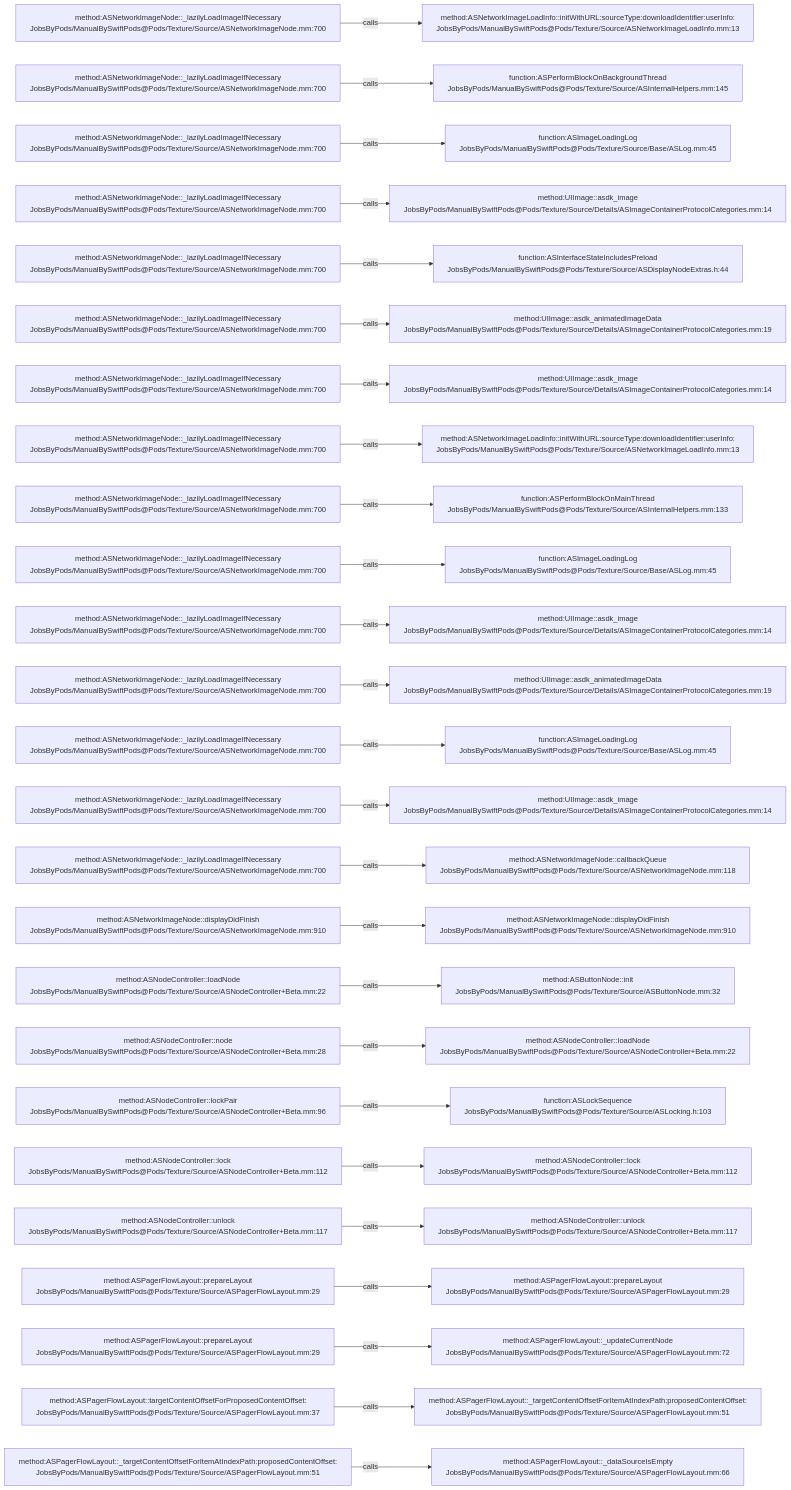
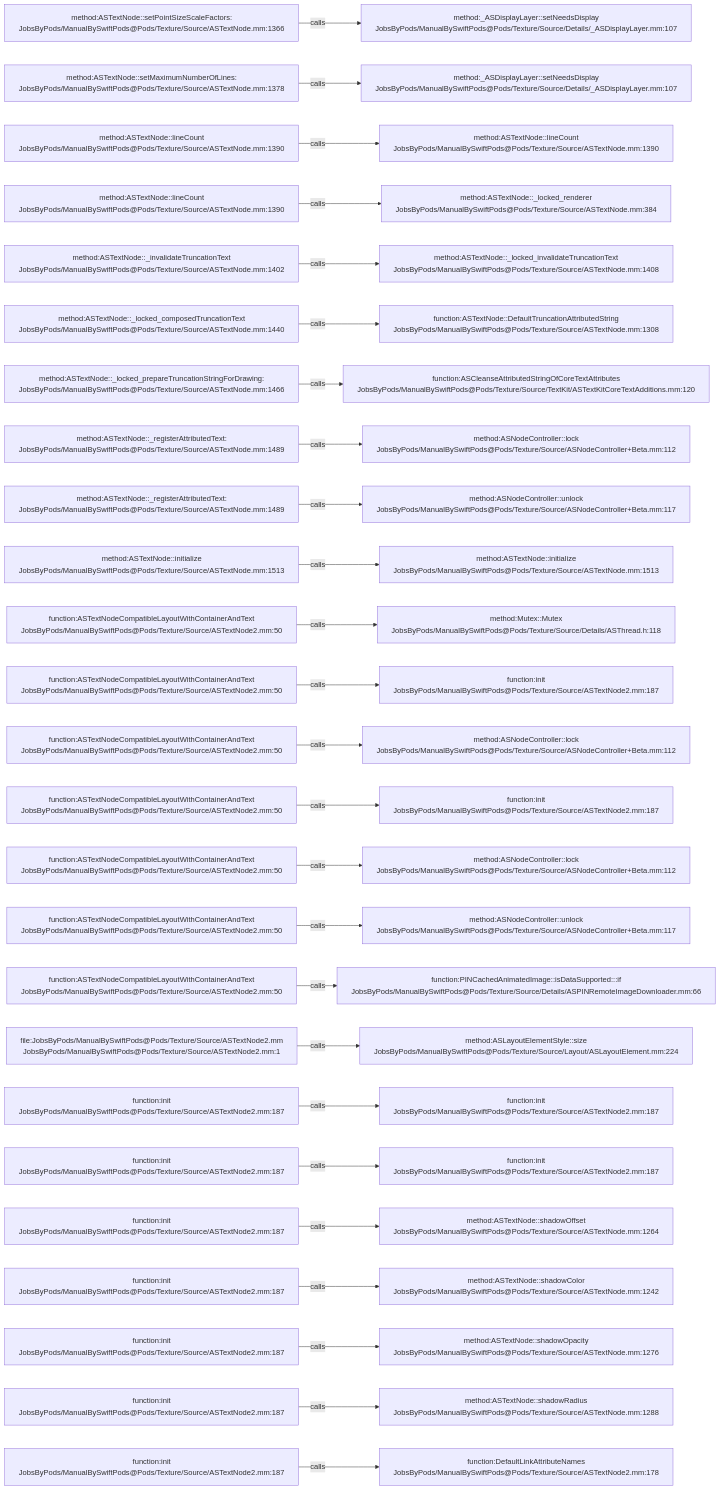
Before and after one commit to JobsKits/JobsSwiftBaseConfigDemo: the diagram in .codegraph/codegraph.md/graphs/calls-070.md, drawn with Mermaid. The commit also changed 832 other files, not shown here.

````diff
--- a/.codegraph/codegraph.md/graphs/calls-070.md
+++ b/.codegraph/codegraph.md/graphs/calls-070.md
@@ -13,78 +13,78 @@
 ```mermaid
 flowchart LR
-  S1["method:ASNetworkImageNode::_lazilyLoadImageIfNecessary<br/>JobsByPods/ManualBySwiftPods@Pods/Texture/Source/ASNetworkImageNode.mm:700"]
-  T1["method:ASNetworkImageLoadInfo::initWithURL:sourceType:downloadIdentifier:userInfo:<br/>JobsByPods/ManualBySwiftPods@Pods/Texture/Source/ASNetworkImageLoadInfo.mm:13"]
+  S1["method:ASTextNode::setPointSizeScaleFactors:<br/>JobsByPods/ManualBySwiftPods@Pods/Texture/Source/ASTextNode.mm:1366"]
+  T1["method:_ASDisplayLayer::setNeedsDisplay<br/>JobsByPods/ManualBySwiftPods@Pods/Texture/Source/Details/_ASDisplayLayer.mm:107"]
   S1 -->|calls| T1
-  S2["method:ASNetworkImageNode::_lazilyLoadImageIfNecessary<br/>JobsByPods/ManualBySwiftPods@Pods/Texture/Source/ASNetworkImageNode.mm:700"]
-  T2["function:ASPerformBlockOnBackgroundThread<br/>JobsByPods/ManualBySwiftPods@Pods/Texture/Source/ASInternalHelpers.mm:145"]
+  S2["method:ASTextNode::setMaximumNumberOfLines:<br/>JobsByPods/ManualBySwiftPods@Pods/Texture/Source/ASTextNode.mm:1378"]
+  T2["method:_ASDisplayLayer::setNeedsDisplay<br/>JobsByPods/ManualBySwiftPods@Pods/Texture/Source/Details/_ASDisplayLayer.mm:107"]
   S2 -->|calls| T2
-  S3["method:ASNetworkImageNode::_lazilyLoadImageIfNecessary<br/>JobsByPods/ManualBySwiftPods@Pods/Texture/Source/ASNetworkImageNode.mm:700"]
-  T3["function:ASImageLoadingLog<br/>JobsByPods/ManualBySwiftPods@Pods/Texture/Source/Base/ASLog.mm:45"]
+  S3["method:ASTextNode::lineCount<br/>JobsByPods/ManualBySwiftPods@Pods/Texture/Source/ASTextNode.mm:1390"]
+  T3["method:ASTextNode::lineCount<br/>JobsByPods/ManualBySwiftPods@Pods/Texture/Source/ASTextNode.mm:1390"]
   S3 -->|calls| T3
-  S4["method:ASNetworkImageNode::_lazilyLoadImageIfNecessary<br/>JobsByPods/ManualBySwiftPods@Pods/Texture/Source/ASNetworkImageNode.mm:700"]
-  T4["method:UIImage::asdk_image<br/>JobsByPods/ManualBySwiftPods@Pods/Texture/Source/Details/ASImageContainerProtocolCategories.mm:14"]
+  S4["method:ASTextNode::lineCount<br/>JobsByPods/ManualBySwiftPods@Pods/Texture/Source/ASTextNode.mm:1390"]
+  T4["method:ASTextNode::_locked_renderer<br/>JobsByPods/ManualBySwiftPods@Pods/Texture/Source/ASTextNode.mm:384"]
   S4 -->|calls| T4
-  S5["method:ASNetworkImageNode::_lazilyLoadImageIfNecessary<br/>JobsByPods/ManualBySwiftPods@Pods/Texture/Source/ASNetworkImageNode.mm:700"]
-  T5["function:ASInterfaceStateIncludesPreload<br/>JobsByPods/ManualBySwiftPods@Pods/Texture/Source/ASDisplayNodeExtras.h:44"]
+  S5["method:ASTextNode::_invalidateTruncationText<br/>JobsByPods/ManualBySwiftPods@Pods/Texture/Source/ASTextNode.mm:1402"]
+  T5["method:ASTextNode::_locked_invalidateTruncationText<br/>JobsByPods/ManualBySwiftPods@Pods/Texture/Source/ASTextNode.mm:1408"]
   S5 -->|calls| T5
-  S6["method:ASNetworkImageNode::_lazilyLoadImageIfNecessary<br/>JobsByPods/ManualBySwiftPods@Pods/Texture/Source/ASNetworkImageNode.mm:700"]
-  T6["method:UIImage::asdk_animatedImageData<br/>JobsByPods/ManualBySwiftPods@Pods/Texture/Source/Details/ASImageContainerProtocolCategories.mm:19"]
+  S6["method:ASTextNode::_locked_composedTruncationText<br/>JobsByPods/ManualBySwiftPods@Pods/Texture/Source/ASTextNode.mm:1440"]
+  T6["function:ASTextNode::DefaultTruncationAttributedString<br/>JobsByPods/ManualBySwiftPods@Pods/Texture/Source/ASTextNode.mm:1308"]
   S6 -->|calls| T6
-  S7["method:ASNetworkImageNode::_lazilyLoadImageIfNecessary<br/>JobsByPods/ManualBySwiftPods@Pods/Texture/Source/ASNetworkImageNode.mm:700"]
-  T7["method:UIImage::asdk_image<br/>JobsByPods/ManualBySwiftPods@Pods/Texture/Source/Details/ASImageContainerProtocolCategories.mm:14"]
+  S7["method:ASTextNode::_locked_prepareTruncationStringForDrawing:<br/>JobsByPods/ManualBySwiftPods@Pods/Texture/Source/ASTextNode.mm:1466"]
+  T7["function:ASCleanseAttributedStringOfCoreTextAttributes<br/>JobsByPods/ManualBySwiftPods@Pods/Texture/Source/TextKit/ASTextKitCoreTextAdditions.mm:120"]
   S7 -->|calls| T7
-  S8["method:ASNetworkImageNode::_lazilyLoadImageIfNecessary<br/>JobsByPods/ManualBySwiftPods@Pods/Texture/Source/ASNetworkImageNode.mm:700"]
-  T8["method:ASNetworkImageLoadInfo::initWithURL:sourceType:downloadIdentifier:userInfo:<br/>JobsByPods/ManualBySwiftPods@Pods/Texture/Source/ASNetworkImageLoadInfo.mm:13"]
+  S8["method:ASTextNode::_registerAttributedText:<br/>JobsByPods/ManualBySwiftPods@Pods/Texture/Source/ASTextNode.mm:1489"]
+  T8["method:ASNodeController::lock<br/>JobsByPods/ManualBySwiftPods@Pods/Texture/Source/ASNodeController+Beta.mm:112"]
   S8 -->|calls| T8
-  S9["method:ASNetworkImageNode::_lazilyLoadImageIfNecessary<br/>JobsByPods/ManualBySwiftPods@Pods/Texture/Source/ASNetworkImageNode.mm:700"]
-  T9["function:ASPerformBlockOnMainThread<br/>JobsByPods/ManualBySwiftPods@Pods/Texture/Source/ASInternalHelpers.mm:133"]
+  S9["method:ASTextNode::_registerAttributedText:<br/>JobsByPods/ManualBySwiftPods@Pods/Texture/Source/ASTextNode.mm:1489"]
+  T9["method:ASNodeController::unlock<br/>JobsByPods/ManualBySwiftPods@Pods/Texture/Source/ASNodeController+Beta.mm:117"]
   S9 -->|calls| T9
-  S10["method:ASNetworkImageNode::_lazilyLoadImageIfNecessary<br/>JobsByPods/ManualBySwiftPods@Pods/Texture/Source/ASNetworkImageNode.mm:700"]
-  T10["function:ASImageLoadingLog<br/>JobsByPods/ManualBySwiftPods@Pods/Texture/Source/Base/ASLog.mm:45"]
+  S10["method:ASTextNode::initialize<br/>JobsByPods/ManualBySwiftPods@Pods/Texture/Source/ASTextNode.mm:1513"]
+  T10["method:ASTextNode::initialize<br/>JobsByPods/ManualBySwiftPods@Pods/Texture/Source/ASTextNode.mm:1513"]
   S10 -->|calls| T10
-  S11["method:ASNetworkImageNode::_lazilyLoadImageIfNecessary<br/>JobsByPods/ManualBySwiftPods@Pods/Texture/Source/ASNetworkImageNode.mm:700"]
-  T11["method:UIImage::asdk_image<br/>JobsByPods/ManualBySwiftPods@Pods/Texture/Source/Details/ASImageContainerProtocolCategories.mm:14"]
+  S11["function:ASTextNodeCompatibleLayoutWithContainerAndText<br/>JobsByPods/ManualBySwiftPods@Pods/Texture/Source/ASTextNode2.mm:50"]
+  T11["method:Mutex::Mutex<br/>JobsByPods/ManualBySwiftPods@Pods/Texture/Source/Details/ASThread.h:118"]
   S11 -->|calls| T11
-  S12["method:ASNetworkImageNode::_lazilyLoadImageIfNecessary<br/>JobsByPods/ManualBySwiftPods@Pods/Texture/Source/ASNetworkImageNode.mm:700"]
-  T12["method:UIImage::asdk_animatedImageData<br/>JobsByPods/ManualBySwiftPods@Pods/Texture/Source/Details/ASImageContainerProtocolCategories.mm:19"]
+  S12["function:ASTextNodeCompatibleLayoutWithContainerAndText<br/>JobsByPods/ManualBySwiftPods@Pods/Texture/Source/ASTextNode2.mm:50"]
+  T12["function:init<br/>JobsByPods/ManualBySwiftPods@Pods/Texture/Source/ASTextNode2.mm:187"]
   S12 -->|calls| T12
-  S13["method:ASNetworkImageNode::_lazilyLoadImageIfNecessary<br/>JobsByPods/ManualBySwiftPods@Pods/Texture/Source/ASNetworkImageNode.mm:700"]
-  T13["function:ASImageLoadingLog<br/>JobsByPods/ManualBySwiftPods@Pods/Texture/Source/Base/ASLog.mm:45"]
+  S13["function:ASTextNodeCompatibleLayoutWithContainerAndText<br/>JobsByPods/ManualBySwiftPods@Pods/Texture/Source/ASTextNode2.mm:50"]
+  T13["method:ASNodeController::lock<br/>JobsByPods/ManualBySwiftPods@Pods/Texture/Source/ASNodeController+Beta.mm:112"]
   S13 -->|calls| T13
-  S14["method:ASNetworkImageNode::_lazilyLoadImageIfNecessary<br/>JobsByPods/ManualBySwiftPods@Pods/Texture/Source/ASNetworkImageNode.mm:700"]
-  T14["method:UIImage::asdk_image<br/>JobsByPods/ManualBySwiftPods@Pods/Texture/Source/Details/ASImageContainerProtocolCategories.mm:14"]
+  S14["function:ASTextNodeCompatibleLayoutWithContainerAndText<br/>JobsByPods/ManualBySwiftPods@Pods/Texture/Source/ASTextNode2.mm:50"]
+  T14["function:init<br/>JobsByPods/ManualBySwiftPods@Pods/Texture/Source/ASTextNode2.mm:187"]
   S14 -->|calls| T14
-  S15["method:ASNetworkImageNode::_lazilyLoadImageIfNecessary<br/>JobsByPods/ManualBySwiftPods@Pods/Texture/Source/ASNetworkImageNode.mm:700"]
-  T15["method:ASNetworkImageNode::callbackQueue<br/>JobsByPods/ManualBySwiftPods@Pods/Texture/Source/ASNetworkImageNode.mm:118"]
+  S15["function:ASTextNodeCompatibleLayoutWithContainerAndText<br/>JobsByPods/ManualBySwiftPods@Pods/Texture/Source/ASTextNode2.mm:50"]
+  T15["method:ASNodeController::lock<br/>JobsByPods/ManualBySwiftPods@Pods/Texture/Source/ASNodeController+Beta.mm:112"]
   S15 -->|calls| T15
-  S16["method:ASNetworkImageNode::displayDidFinish<br/>JobsByPods/ManualBySwiftPods@Pods/Texture/Source/ASNetworkImageNode.mm:910"]
-  T16["method:ASNetworkImageNode::displayDidFinish<br/>JobsByPods/ManualBySwiftPods@Pods/Texture/Source/ASNetworkImageNode.mm:910"]
+  S16["function:ASTextNodeCompatibleLayoutWithContainerAndText<br/>JobsByPods/ManualBySwiftPods@Pods/Texture/Source/ASTextNode2.mm:50"]
+  T16["method:ASNodeController::unlock<br/>JobsByPods/ManualBySwiftPods@Pods/Texture/Source/ASNodeController+Beta.mm:117"]
   S16 -->|calls| T16
-  S17["method:ASNodeController::loadNode<br/>JobsByPods/ManualBySwiftPods@Pods/Texture/Source/ASNodeController+Beta.mm:22"]
-  T17["method:ASButtonNode::init<br/>JobsByPods/ManualBySwiftPods@Pods/Texture/Source/ASButtonNode.mm:32"]
+  S17["function:ASTextNodeCompatibleLayoutWithContainerAndText<br/>JobsByPods/ManualBySwiftPods@Pods/Texture/Source/ASTextNode2.mm:50"]
+  T17["function:PINCachedAnimatedImage::isDataSupported:::if<br/>JobsByPods/ManualBySwiftPods@Pods/Texture/Source/Details/ASPINRemoteImageDownloader.mm:66"]
   S17 -->|calls| T17
-  S18["method:ASNodeController::node<br/>JobsByPods/ManualBySwiftPods@Pods/Texture/Source/ASNodeController+Beta.mm:28"]
-  T18["method:ASNodeController::loadNode<br/>JobsByPods/ManualBySwiftPods@Pods/Texture/Source/ASNodeController+Beta.mm:22"]
+  S18["file:JobsByPods/ManualBySwiftPods@Pods/Texture/Source/ASTextNode2.mm<br/>JobsByPods/ManualBySwiftPods@Pods/Texture/Source/ASTextNode2.mm:1"]
+  T18["method:ASLayoutElementStyle::size<br/>JobsByPods/ManualBySwiftPods@Pods/Texture/Source/Layout/ASLayoutElement.mm:224"]
   S18 -->|calls| T18
-  S19["method:ASNodeController::lockPair<br/>JobsByPods/ManualBySwiftPods@Pods/Texture/Source/ASNodeController+Beta.mm:96"]
-  T19["function:ASLockSequence<br/>JobsByPods/ManualBySwiftPods@Pods/Texture/Source/ASLocking.h:103"]
+  S19["function:init<br/>JobsByPods/ManualBySwiftPods@Pods/Texture/Source/ASTextNode2.mm:187"]
+  T19["function:init<br/>JobsByPods/ManualBySwiftPods@Pods/Texture/Source/ASTextNode2.mm:187"]
   S19 -->|calls| T19
-  S20["method:ASNodeController::lock<br/>JobsByPods/ManualBySwiftPods@Pods/Texture/Source/ASNodeController+Beta.mm:112"]
-  T20["method:ASNodeController::lock<br/>JobsByPods/ManualBySwiftPods@Pods/Texture/Source/ASNodeController+Beta.mm:112"]
+  S20["function:init<br/>JobsByPods/ManualBySwiftPods@Pods/Texture/Source/ASTextNode2.mm:187"]
+  T20["function:init<br/>JobsByPods/ManualBySwiftPods@Pods/Texture/Source/ASTextNode2.mm:187"]
   S20 -->|calls| T20
-  S21["method:ASNodeController::unlock<br/>JobsByPods/ManualBySwiftPods@Pods/Texture/Source/ASNodeController+Beta.mm:117"]
-  T21["method:ASNodeController::unlock<br/>JobsByPods/ManualBySwiftPods@Pods/Texture/Source/ASNodeController+Beta.mm:117"]
+  S21["function:init<br/>JobsByPods/ManualBySwiftPods@Pods/Texture/Source/ASTextNode2.mm:187"]
+  T21["method:ASTextNode::shadowOffset<br/>JobsByPods/ManualBySwiftPods@Pods/Texture/Source/ASTextNode.mm:1264"]
   S21 -->|calls| T21
-  S22["method:ASPagerFlowLayout::prepareLayout<br/>JobsByPods/ManualBySwiftPods@Pods/Texture/Source/ASPagerFlowLayout.mm:29"]
-  T22["method:ASPagerFlowLayout::prepareLayout<br/>JobsByPods/ManualBySwiftPods@Pods/Texture/Source/ASPagerFlowLayout.mm:29"]
+  S22["function:init<br/>JobsByPods/ManualBySwiftPods@Pods/Texture/Source/ASTextNode2.mm:187"]
+  T22["method:ASTextNode::shadowColor<br/>JobsByPods/ManualBySwiftPods@Pods/Texture/Source/ASTextNode.mm:1242"]
   S22 -->|calls| T22
-  S23["method:ASPagerFlowLayout::prepareLayout<br/>JobsByPods/ManualBySwiftPods@Pods/Texture/Source/ASPagerFlowLayout.mm:29"]
-  T23["method:ASPagerFlowLayout::_updateCurrentNode<br/>JobsByPods/ManualBySwiftPods@Pods/Texture/Source/ASPagerFlowLayout.mm:72"]
+  S23["function:init<br/>JobsByPods/ManualBySwiftPods@Pods/Texture/Source/ASTextNode2.mm:187"]
+  T23["method:ASTextNode::shadowOpacity<br/>JobsByPods/ManualBySwiftPods@Pods/Texture/Source/ASTextNode.mm:1276"]
   S23 -->|calls| T23
-  S24["method:ASPagerFlowLayout::targetContentOffsetForProposedContentOffset:<br/>JobsByPods/ManualBySwiftPods@Pods/Texture/Source/ASPagerFlowLayout.mm:37"]
-  T24["method:ASPagerFlowLayout::_targetContentOffsetForItemAtIndexPath:proposedContentOffset:<br/>JobsByPods/ManualBySwiftPods@Pods/Texture/Source/ASPagerFlowLayout.mm:51"]
+  S24["function:init<br/>JobsByPods/ManualBySwiftPods@Pods/Texture/Source/ASTextNode2.mm:187"]
+  T24["method:ASTextNode::shadowRadius<br/>JobsByPods/ManualBySwiftPods@Pods/Texture/Source/ASTextNode.mm:1288"]
   S24 -->|calls| T24
-  S25["method:ASPagerFlowLayout::_targetContentOffsetForItemAtIndexPath:proposedContentOffset:<br/>JobsByPods/ManualBySwiftPods@Pods/Texture/Source/ASPagerFlowLayout.mm:51"]
-  T25["method:ASPagerFlowLayout::_dataSourceIsEmpty<br/>JobsByPods/ManualBySwiftPods@Pods/Texture/Source/ASPagerFlowLayout.mm:66"]
+  S25["function:init<br/>JobsByPods/ManualBySwiftPods@Pods/Texture/Source/ASTextNode2.mm:187"]
+  T25["function:DefaultLinkAttributeNames<br/>JobsByPods/ManualBySwiftPods@Pods/Texture/Source/ASTextNode2.mm:178"]
   S25 -->|calls| T25
 ```
````
